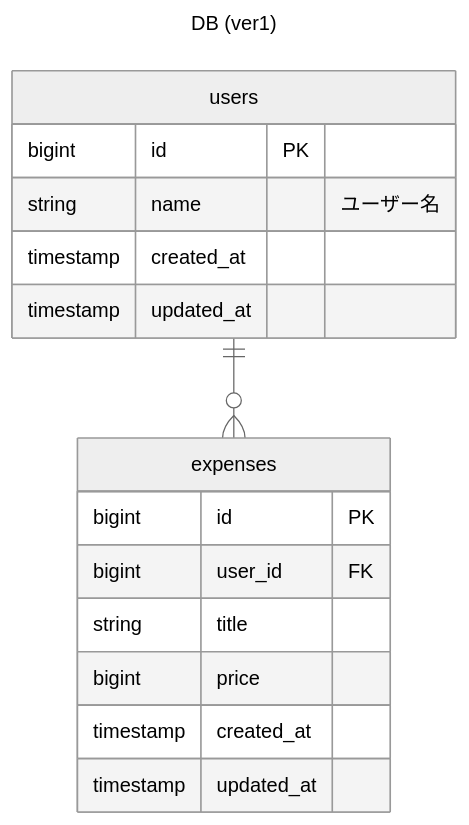
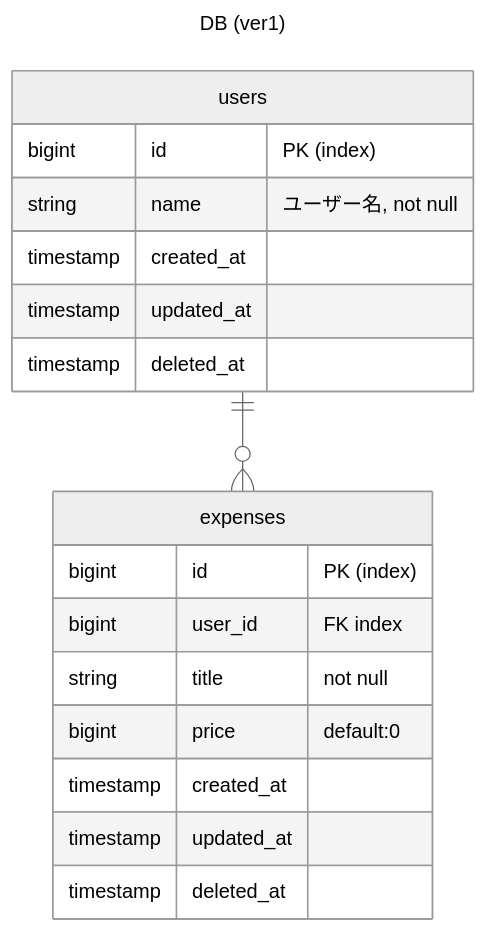
Before and after one commit to tf63/go-api: the first of 2 diagrams in docs/db.md, drawn with Mermaid (neutral theme). The commit also changed 3 other files, not shown here.

````diff
--- a/docs/db.md
+++ b/docs/db.md
@@ -3,22 +3,24 @@
 ```mermaid
 ---
 title: DB (ver1)
 ---
 erDiagram
     users ||--o{ expenses: ""
     users {
-        bigint id PK
-        string name "ユーザー名"
+        bigint id "PK (index)"
+        string name "ユーザー名, not null"
         timestamp created_at
         timestamp updated_at
+        timestamp deleted_at
     }
 
     expenses {
-        bigint id PK
-        bigint user_id FK
-        string title
-        bigint price
+        bigint id "PK (index)"
+        bigint user_id "FK index"
+        string title "not null"
+        bigint price "default:0"
         timestamp created_at
         timestamp updated_at
+        timestamp deleted_at
     }
 ```
````
